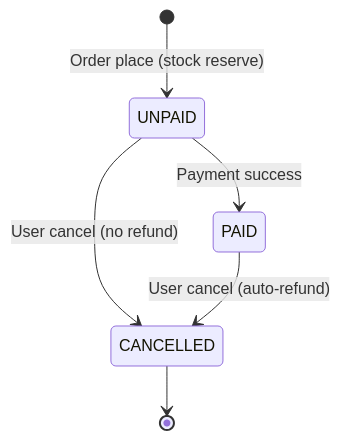
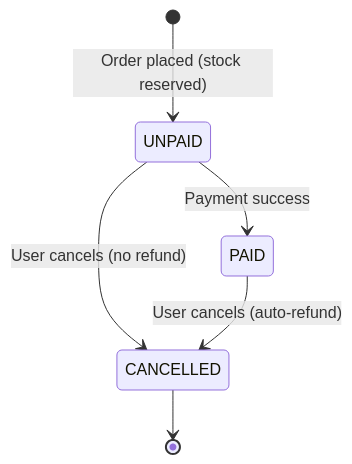
Before and after one commit to shubhamdagar9854/OrderPulse: the eighth of 8 diagrams in README.md, drawn with Mermaid. The commit also changed other lines of this file, not shown here.

````diff
--- a/README.md
+++ b/README.md
@@ -246,8 +246,8 @@
 ```mermaid
 stateDiagram-v2
-    [*] --> UNPAID: Order place (stock reserve)
+    [*] --> UNPAID: Order placed (stock reserved)
     UNPAID --> PAID: Payment success
-    UNPAID --> CANCELLED: User cancel (no refund)
-    PAID --> CANCELLED: User cancel (auto-refund)
+    UNPAID --> CANCELLED: User cancels (no refund)
+    PAID --> CANCELLED: User cancels (auto-refund)
     CANCELLED --> [*]
 ```
````
